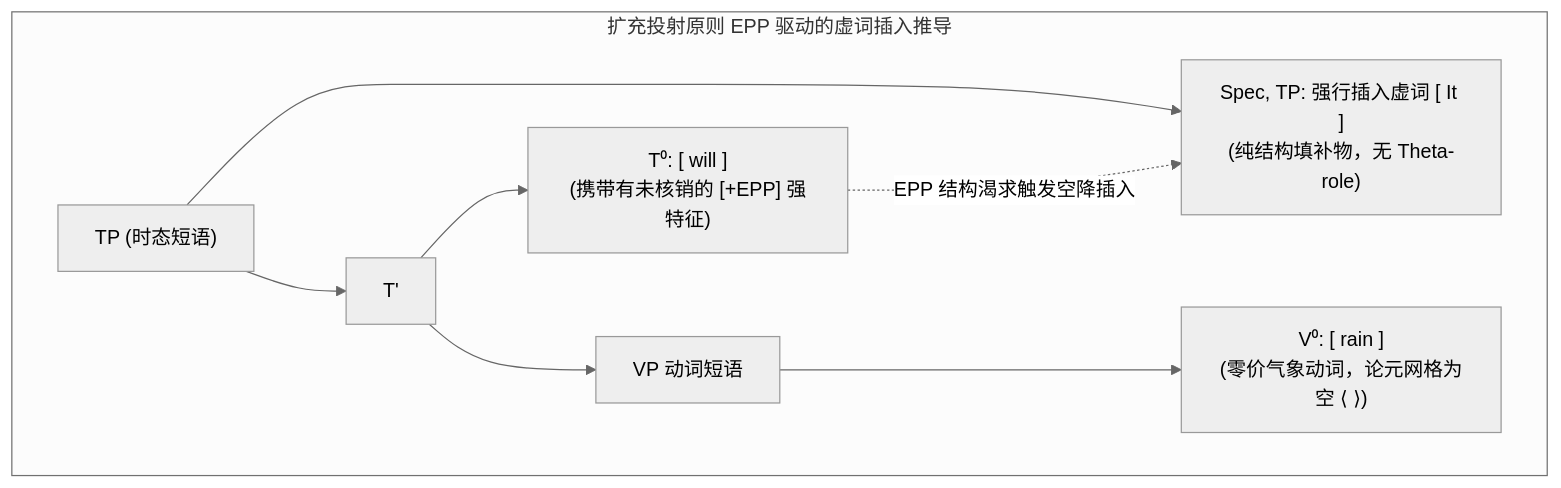
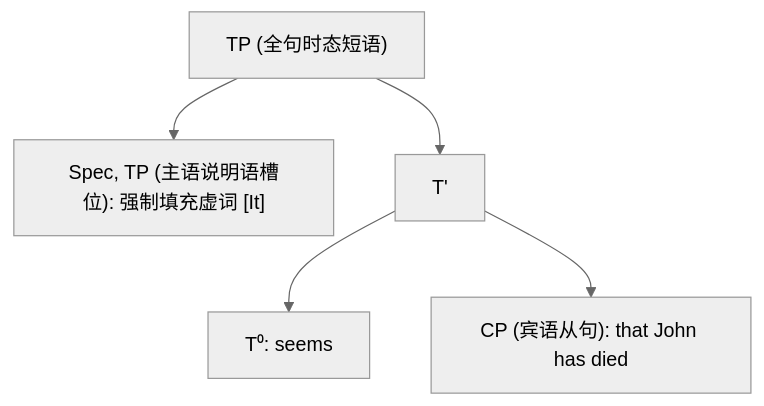
Before and after one commit to luomingguo/archipelago: the third of 5 diagrams in docs/zh/linguistics_and_philosophy/linguistics/24900_introduction_to_linguistics/lec15.md, drawn with Mermaid (neutral theme). The commit also changed other lines of this file and 4 other files, not shown here.

````diff
--- a/docs/zh/linguistics_and_philosophy/linguistics/24900_introduction_to_linguistics/lec15.md
+++ b/docs/zh/linguistics_and_philosophy/linguistics/24900_introduction_to_linguistics/lec15.md
@@ -106,19 +180,7 @@
 ```mermaid
-flowchart TD
-    subgraph EPPDerivation ["扩充投射原则 EPP 驱动的虚词插入推导"]
-        TP["TP (时态短语)"]
-        SpecTP["Spec, TP: 强行插入虚词 [ It ]<br>(纯结构填补物，无 Theta-role)"]
-        TBar["T'"]
-        THead["T⁰: [ will ]<br>(携带有未核销的 [+EPP] 强特征)"]
-        VP["VP 动词短语"]
-        VHead["V⁰: [ rain ]<br>(零价气象动词，论元网格为空 ⟨ ⟩)"]
-        
-        TP --> SpecTP
-        TP --> TBar
-        TBar --> THead
-        TBar --> VP
-        VP --> VHead
-        
-        THead -.->|EPP 结构渴求触发空降插入| SpecTP
-    end
+graph TD
+    TP["TP (全句时态短语)"] --> SpecTP["Spec, TP (主语说明语槽位): 强制填充虚词 [It]"]
+    TP --> Tbar["T'"]
+    Tbar --> T0["T⁰: seems"]
+    Tbar --> CP["CP (宾语从句): that John has died"]
 ```
````
